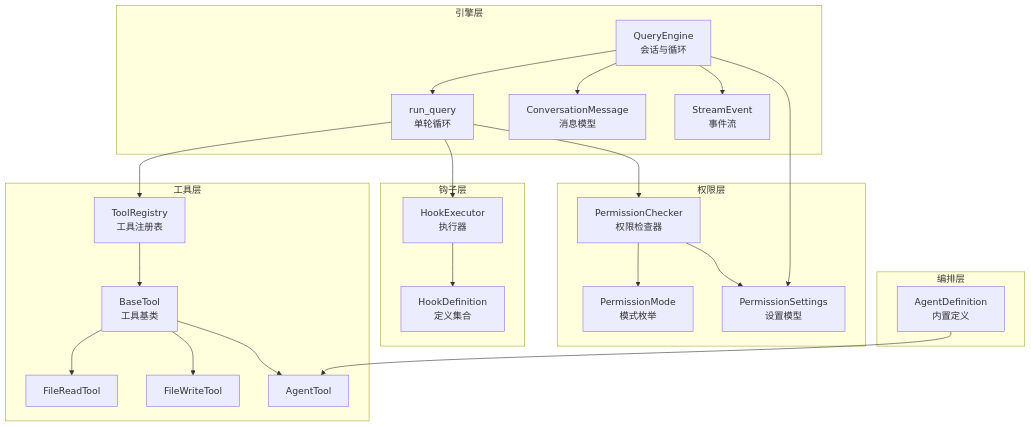
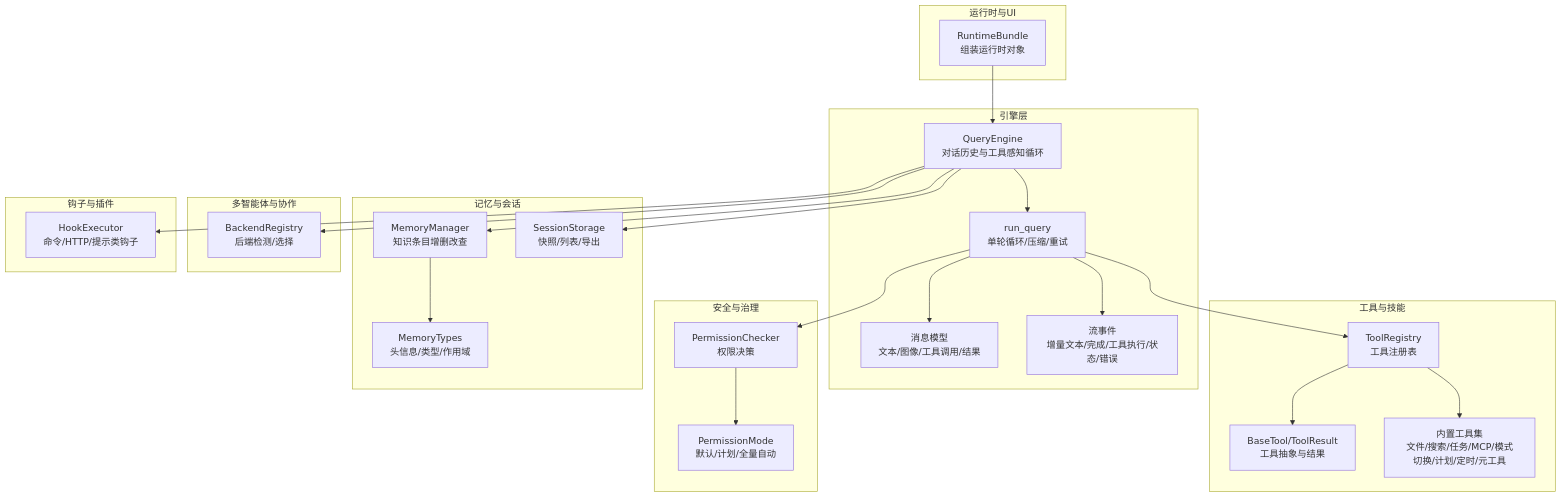
One commit to haolange/OpenHarness changed the first of 9 diagrams in .qoder/repowiki/zh/content/核心概念/核心概念.md. Above: the diagram before and after it, drawn with Mermaid. The commit also changed other lines of this file and 222 other files, not shown here.

````diff
--- a/.qoder/repowiki/zh/content/核心概念/核心概念.md
+++ b/.qoder/repowiki/zh/content/核心概念/核心概念.md
@@ -47,43 +40,46 @@
 ```mermaid
 graph TB
 subgraph "引擎层"
-QE["QueryEngine<br/>会话与循环"]
-Q["run_query<br/>单轮循环"]
-MSG["ConversationMessage<br/>消息模型"]
-EVT["StreamEvent<br/>事件流"]
+QE["QueryEngine<br/>对话历史与工具感知循环"]
+QRY["run_query<br/>单轮循环/压缩/重试"]
+MSG["消息模型<br/>文本/图像/工具调用/结果"]
+EVT["流事件<br/>增量文本/完成/工具执行/状态/错误"]
 end
-subgraph "工具层"
+subgraph "工具与技能"
 TR["ToolRegistry<br/>工具注册表"]
-BT["BaseTool<br/>工具基类"]
-FR["FileReadTool"]
-FW["FileWriteTool"]
-AG["AgentTool"]
+BT["BaseTool/ToolResult<br/>工具抽象与结果"]
+TOOLS["内置工具集<br/>文件/搜索/任务/MCP/模式切换/计划/定时/元工具"]
 end
-subgraph "权限层"
-PC["PermissionChecker<br/>权限检查器"]
-PM["PermissionMode<br/>模式枚举"]
-ST["PermissionSettings<br/>设置模型"]
+subgraph "安全与治理"
+PC["PermissionChecker<br/>权限决策"]
+PM["PermissionMode<br/>默认/计划/全量自动"]
 end
-subgraph "钩子层"
-HE["HookExecutor<br/>执行器"]
-HS["HookDefinition<br/>定义集合"]
+subgraph "记忆与会话"
+MM["MemoryManager<br/>知识条目增删改查"]
+MT["MemoryTypes<br/>头信息/类型/作用域"]
+SS["SessionStorage<br/>快照/列表/导出"]
 end
-subgraph "编排层"
-AD["AgentDefinition<br/>内置定义"]
+subgraph "多智能体与协作"
+SR["BackendRegistry<br/>后端检测/选择"]
 end
-QE --> Q
-Q --> TR
-Q --> PC
-Q --> HE
+subgraph "钩子与插件"
+HE["HookExecutor<br/>命令/HTTP/提示类钩子"]
+end
+subgraph "运行时与UI"
+RT["RuntimeBundle<br/>组装运行时对象"]
+end
+RT --> QE
+QE --> QRY
+QRY --> MSG
+QRY --> EVT
+QRY --> TR
 TR --> BT
-BT --> FR
-BT --> FW
-BT --> AG
+TR --> TOOLS
+QRY --> PC
 PC --> PM
-PC --> ST
-HE --> HS
-QE --> MSG
-QE --> EVT
-QE --> ST
-AD --> AG
+QE --> MM
+MM --> MT
+QE --> SS
+QE --> SR
+QE --> HE
 ```
````
